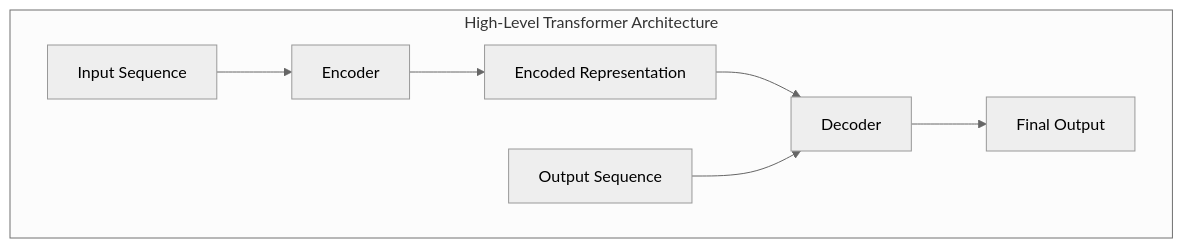
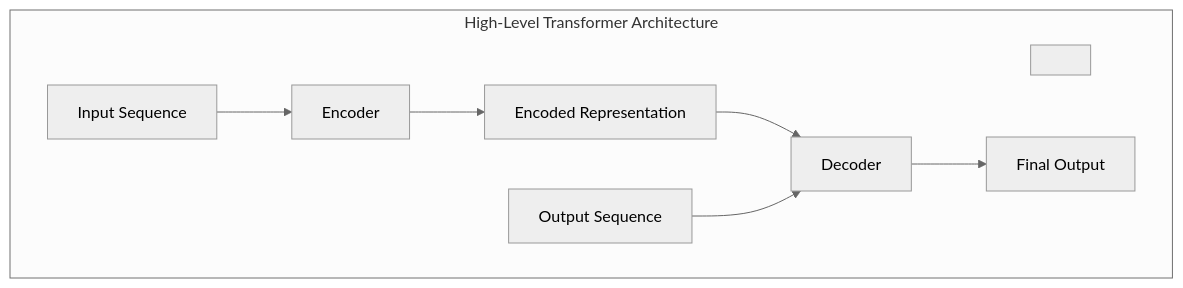
One commit to ashleysally00/transformers-and-attention changed the first of 3 diagrams in docs/attention-is-all.md. Above: the diagram before and after it, drawn with Mermaid. The commit also changed other lines of this file, not shown here.

````diff
--- a/docs/attention-is-all.md
+++ b/docs/attention-is-all.md
@@ -5,11 +6,12 @@
 ```mermaid
 %%{init: {'theme': 'neutral'}}%%
 graph TB
     subgraph "High-Level Transformer Architecture"
+        s[" "]
         Input[Input Sequence] --> Encoder
         Encoder --> EncoderOutput[Encoded Representation]
         EncoderOutput --> Decoder
         Output[Output Sequence] --> Decoder
         Decoder --> FinalOutput[Final Output]
-    end
+    end    
 ```
````
